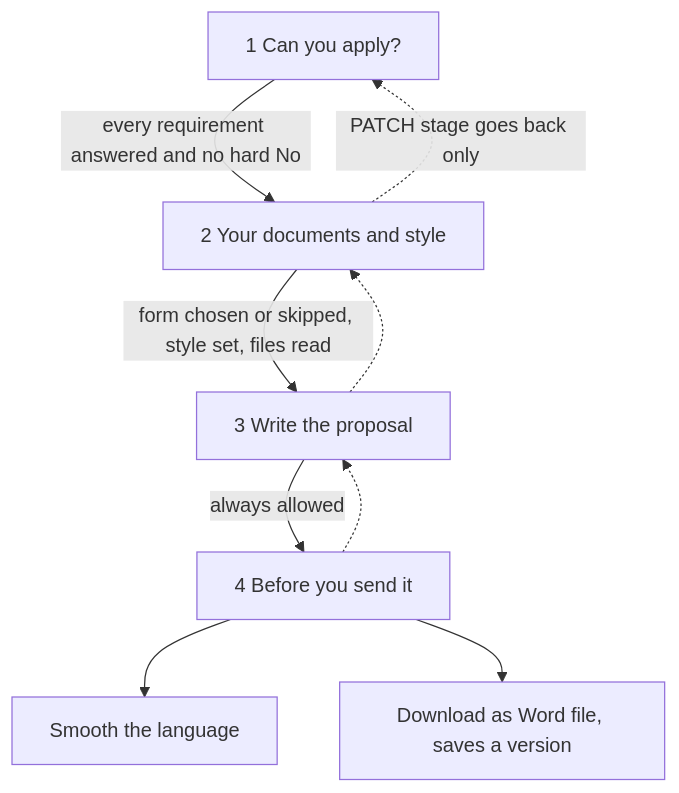
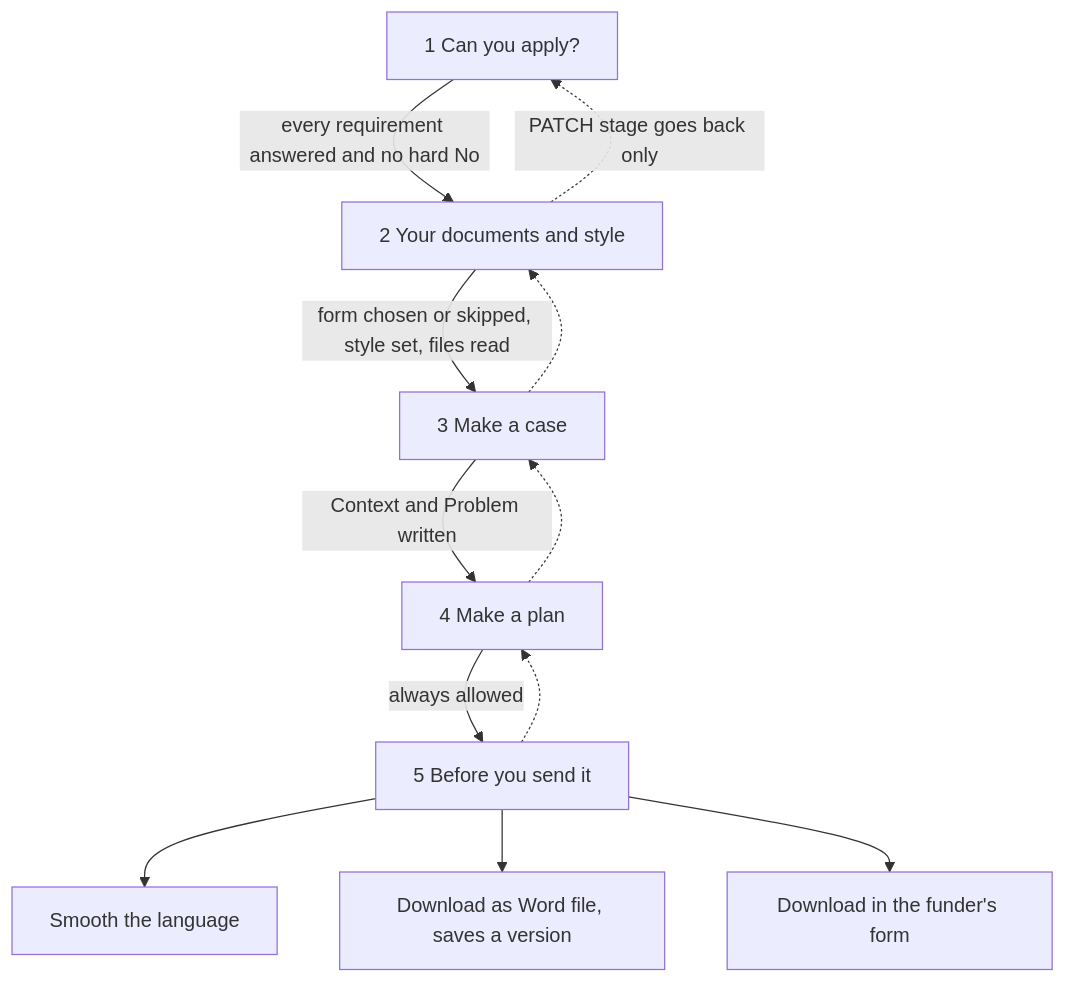
The first of 2 diagrams in openwiki/architecture/proposal-copilot.md (project-tech4dev/sangam), drawn with Mermaid before and after one commit. The commit also changed other lines of this file and 107 other files, not shown here.

````diff
--- a/openwiki/architecture/proposal-copilot.md
+++ b/openwiki/architecture/proposal-copilot.md
@@ -162,11 +192,14 @@
 ```mermaid
 flowchart TD
     S1["1 Can you apply?"] -->|"every requirement answered and no hard No"| S2["2 Your documents and style"]
-    S2 -->|"form chosen or skipped, style set, files read"| S3["3 Write the proposal"]
-    S3 -->|"always allowed"| S4["4 Before you send it"]
-    S4 --> POLISH["Smooth the language"]
-    S4 --> DOCX["Download as Word file, saves a version"]
+    S2 -->|"form chosen or skipped, style set, files read"| S3["3 Make a case"]
+    S3 -->|"Context and Problem written"| S4["4 Make a plan"]
+    S4 -->|"always allowed"| S5["5 Before you send it"]
+    S5 --> POLISH["Smooth the language"]
+    S5 --> DOCX["Download as Word file, saves a version"]
+    S5 --> FORM["Download in the funder's form"]
     S2 -.->|"PATCH stage goes back only"| S1
     S3 -.-> S2
     S4 -.-> S3
+    S5 -.-> S4
 ```
````
